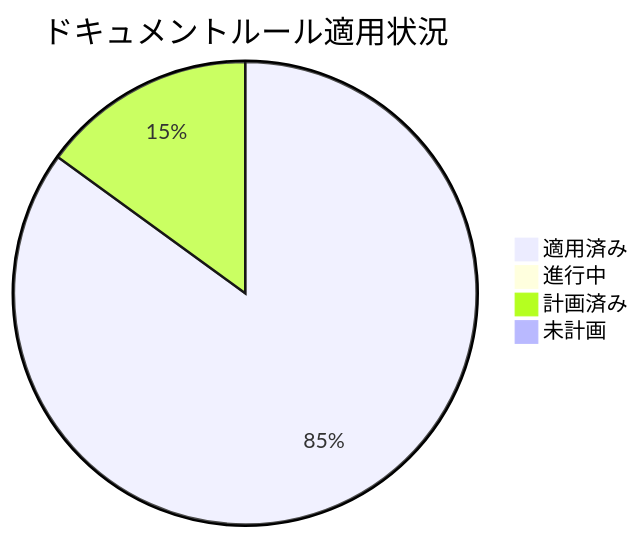
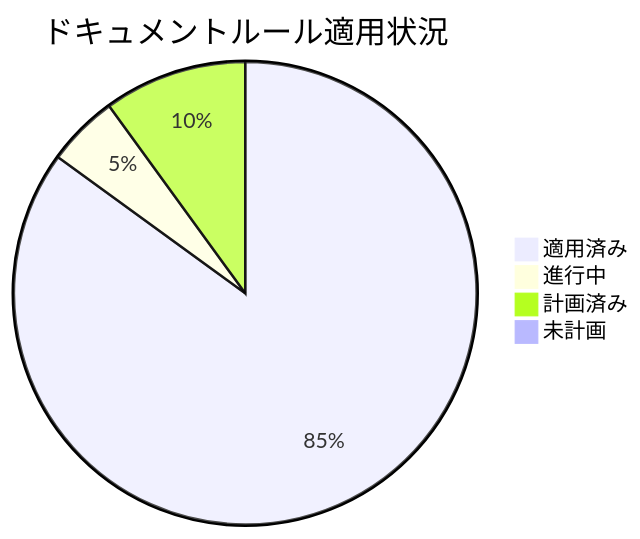
The first of 2 diagrams in docs/PROGRESS.md (ToyB0x/git-resume), drawn with Mermaid before and after one commit. The commit also changed other lines of this file and 1 other file, not shown here.

````diff
--- a/docs/PROGRESS.md
+++ b/docs/PROGRESS.md
@@ -19,7 +19,7 @@
 ```mermaid
 pie title ドキュメントルール適用状況
     "適用済み" : 85
-    "進行中" : 0
-    "計画済み" : 15
+    "進行中" : 5
+    "計画済み" : 10
     "未計画" : 0
 ```
````
